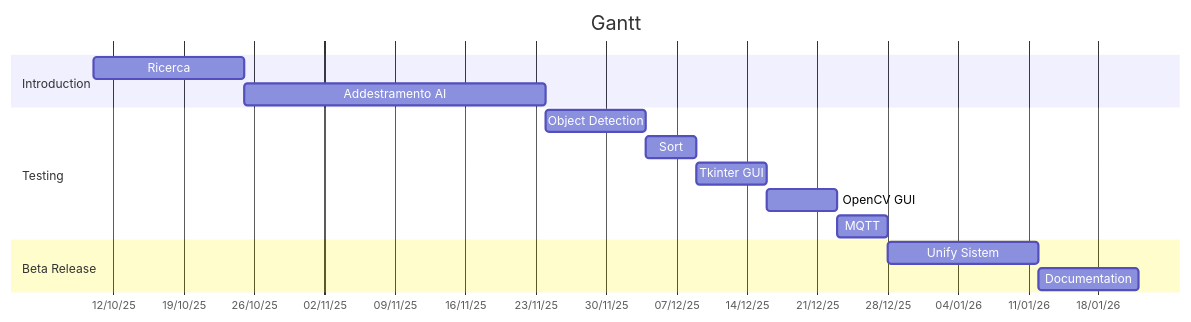
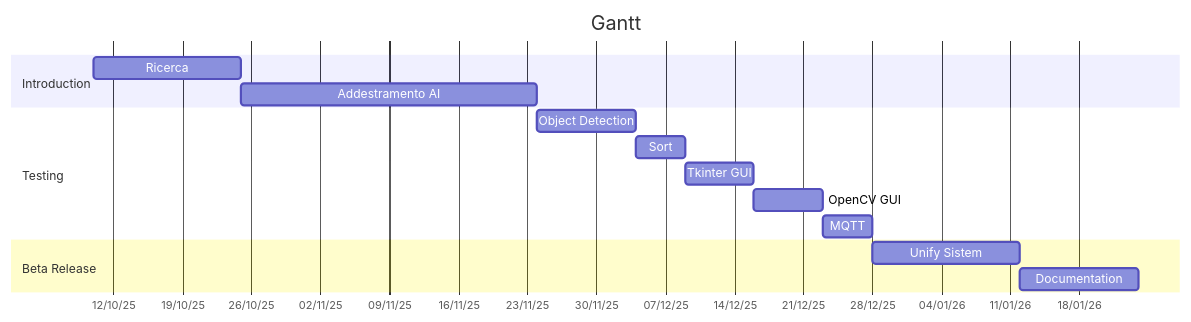
Before and after one commit to riccardosemeraro/B.O.S.S.-Branch-Bellusci-SSD300-VGG16: the sixth of 6 diagrams in README.md, drawn with Mermaid. The commit also changed other lines of this file and 1 other file, not shown here.

````diff
--- a/README.md
+++ b/README.md
@@ -497,23 +568,23 @@
 ```mermaid
 gantt
     title Gantt
     dateFormat  YYYY-MM-DD
     axisFormat %d/%m/%y
     todayMarker off
     
     section Introduction
         Ricerca : a1, 2025-10-10, 15d
         Addestramento AI: a2, after a1, 30d
     
     section Testing
         Object Detection: p4, after a2, 10d
         Sort: p5, after p4, 5d
         Tkinter GUI : p2, after p5, 7d
         OpenCV GUI : p3, after p2, 7d
         MQTT : p1, after p3, 5d
     
     section Beta Release
         Unify Sistem : b1, after p1, 15d
-        Documentation: after b1, 10d
+        Documentation: after b1, 12d
     
 ```
````
